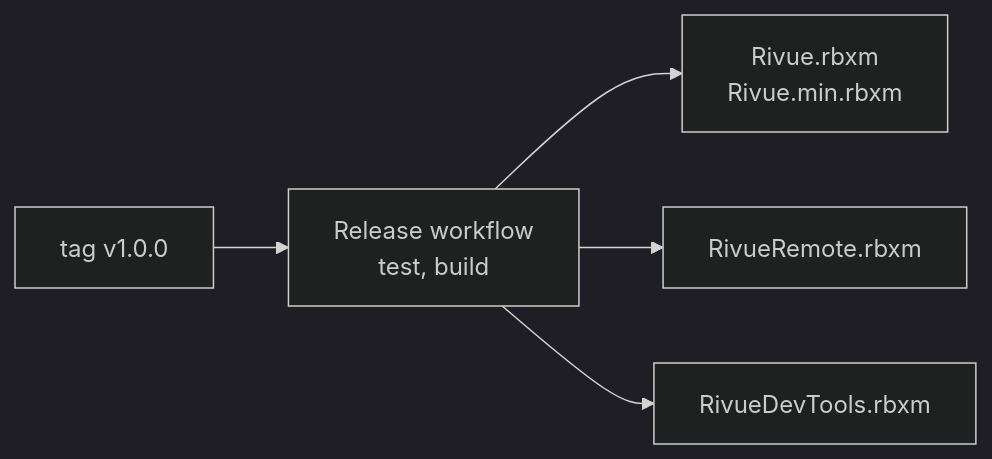
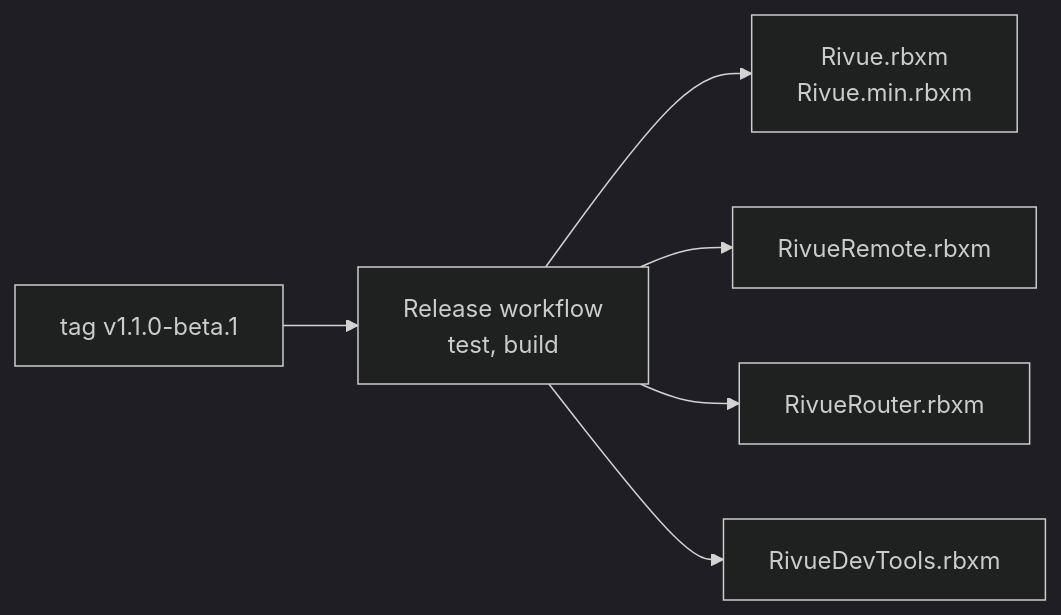
The first of 2 diagrams in docs/RELEASING.md (linhisreal/Rivue), drawn with Mermaid (dark theme) before and after one commit. The commit also changed other lines of this file and 126 other files, not shown here.

Commit message:
refactor!: move the router into RivueRouter, version packages separately

````diff
--- a/docs/RELEASING.md
+++ b/docs/RELEASING.md
@@ -17,7 +19,8 @@
 ```mermaid
 flowchart LR
-    T["tag v1.0.0"] --> W["Release workflow<br/>test, build"]
+    T["tag v1.1.0-beta.1"] --> W["Release workflow<br/>test, build"]
     W --> R1["Rivue.rbxm<br/>Rivue.min.rbxm"]
     W --> R2["RivueRemote.rbxm"]
+    W --> R4["RivueRouter.rbxm"]
     W --> R3["RivueDevTools.rbxm"]
 ```
````
